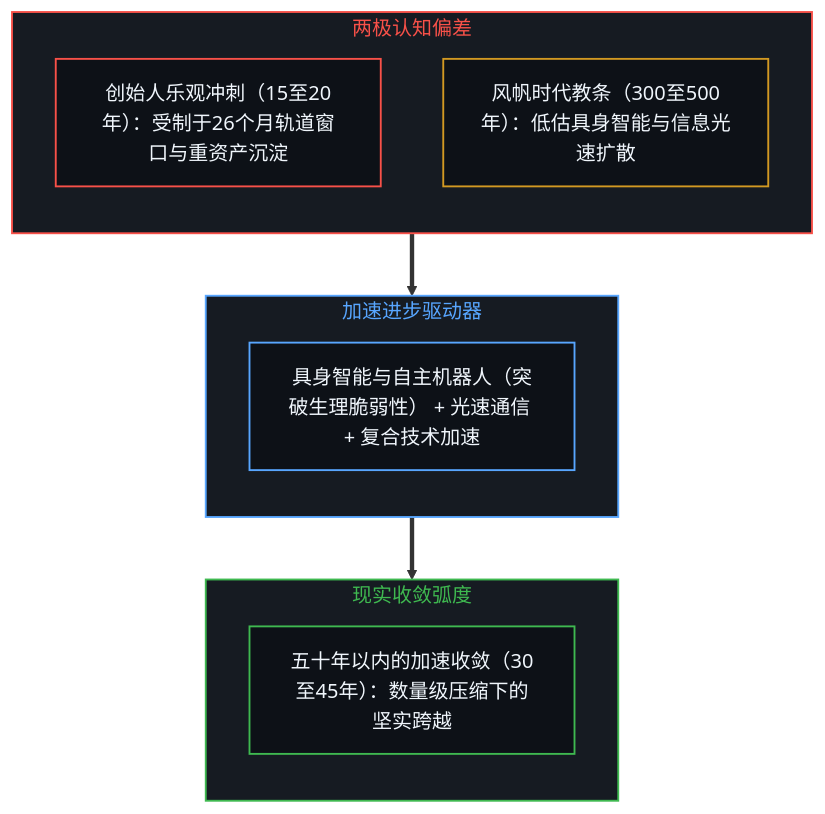
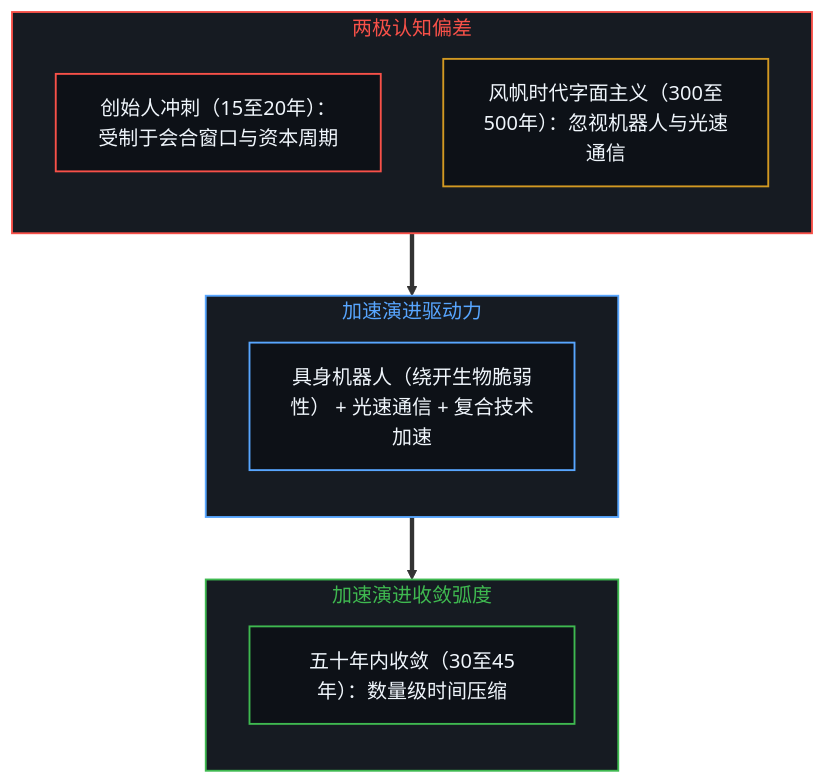
The ninth of 14 diagrams in content/posts/beyond-the-hundred-trillion-horizon.md (powerpig99/not-a-toe), drawn with Mermaid before and after one commit. The commit also changed other lines of this file and 6 other files, not shown here.

````diff
--- a/content/posts/beyond-the-hundred-trillion-horizon.md
+++ b/content/posts/beyond-the-hundred-trillion-horizon.md
@@ -387,31 +347,26 @@
 ```mermaid
 flowchart TD
     classDef default fill:#0d1117,stroke:#30363d,stroke-width:1px,color:#f0f6fc;
     classDef mind fill:#0d1117,stroke:#3fb950,stroke-width:1.5px,color:#f0f6fc;
     classDef warn fill:#0d1117,stroke:#d29922,stroke-width:1.5px,color:#f0f6fc;
     classDef fail fill:#0d1117,stroke:#f85149,stroke-width:1.5px,color:#f0f6fc;
     classDef model fill:#0d1117,stroke:#58a6ff,stroke-width:1.5px,color:#f0f6fc;
-
     subgraph S_EXTREMES_ZH ["两极认知偏差"]
         direction TB
-        SPRINT["创始人乐观冲刺（15至20年）：受制于26个月轨道窗口与重资产沉淀"]:::fail
-        SAIL["风帆时代教条（300至500年）：低估具身智能与信息光速扩散"]:::warn
+        SPRINT["创始人冲刺（15至20年）：受制于会合窗口与资本周期"]:::fail
+        SAIL["风帆时代字面主义（300至500年）：忽视机器人与光速通信"]:::warn
     end
-
-    subgraph S_DRIVERS_ZH ["加速进步驱动器"]
+    subgraph S_DRIVERS_ZH ["加速演进驱动力"]
         direction TB
-        ACCEL["具身智能与自主机器人（突破生理脆弱性） + 光速通信 + 复合技术加速"]:::model
+        ACCEL["具身机器人（绕开生物脆弱性） + 光速通信 + 复合技术加速"]:::model
     end
-
-    subgraph S_REALITY_ZH ["现实收敛弧度"]
+    subgraph S_REALITY_ZH ["加速演进收敛弧度"]
         direction TB
-        WINDOW["五十年以内的加速收敛（30至45年）：数量级压缩下的坚实跨越"]:::mind
+        WINDOW["五十年内收敛（30至45年）：数量级时间压缩"]:::mind
     end
-
     S_EXTREMES_ZH ==> S_DRIVERS_ZH
     S_DRIVERS_ZH ==> S_REALITY_ZH
-
     style S_EXTREMES_ZH fill:#161b22,stroke:#f85149,stroke-width:1.5px,color:#f85149
     style S_DRIVERS_ZH fill:#161b22,stroke:#58a6ff,stroke-width:1.5px,color:#58a6ff
     style S_REALITY_ZH fill:#161b22,stroke:#3fb950,stroke-width:1.5px,color:#3fb950
 ```
````
